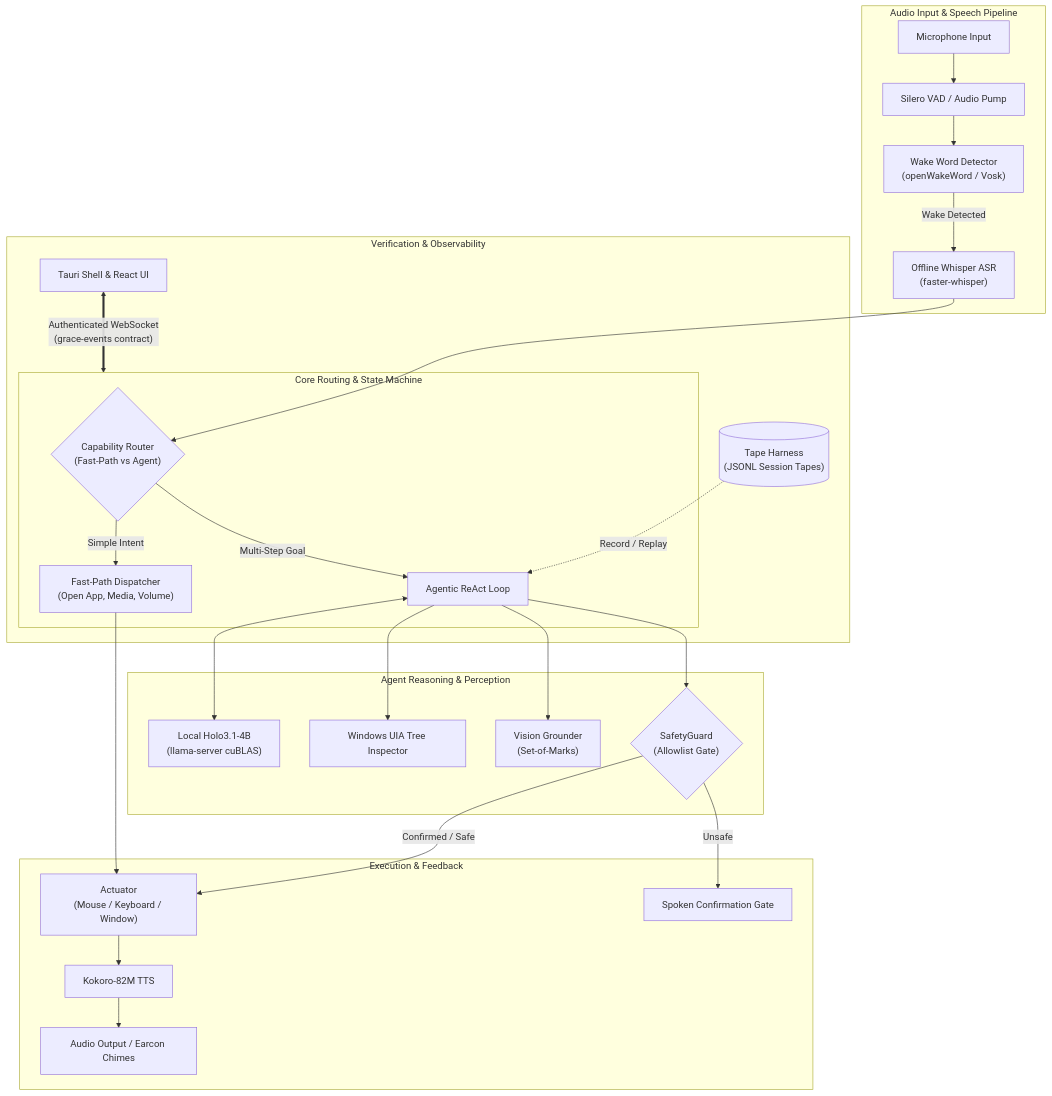
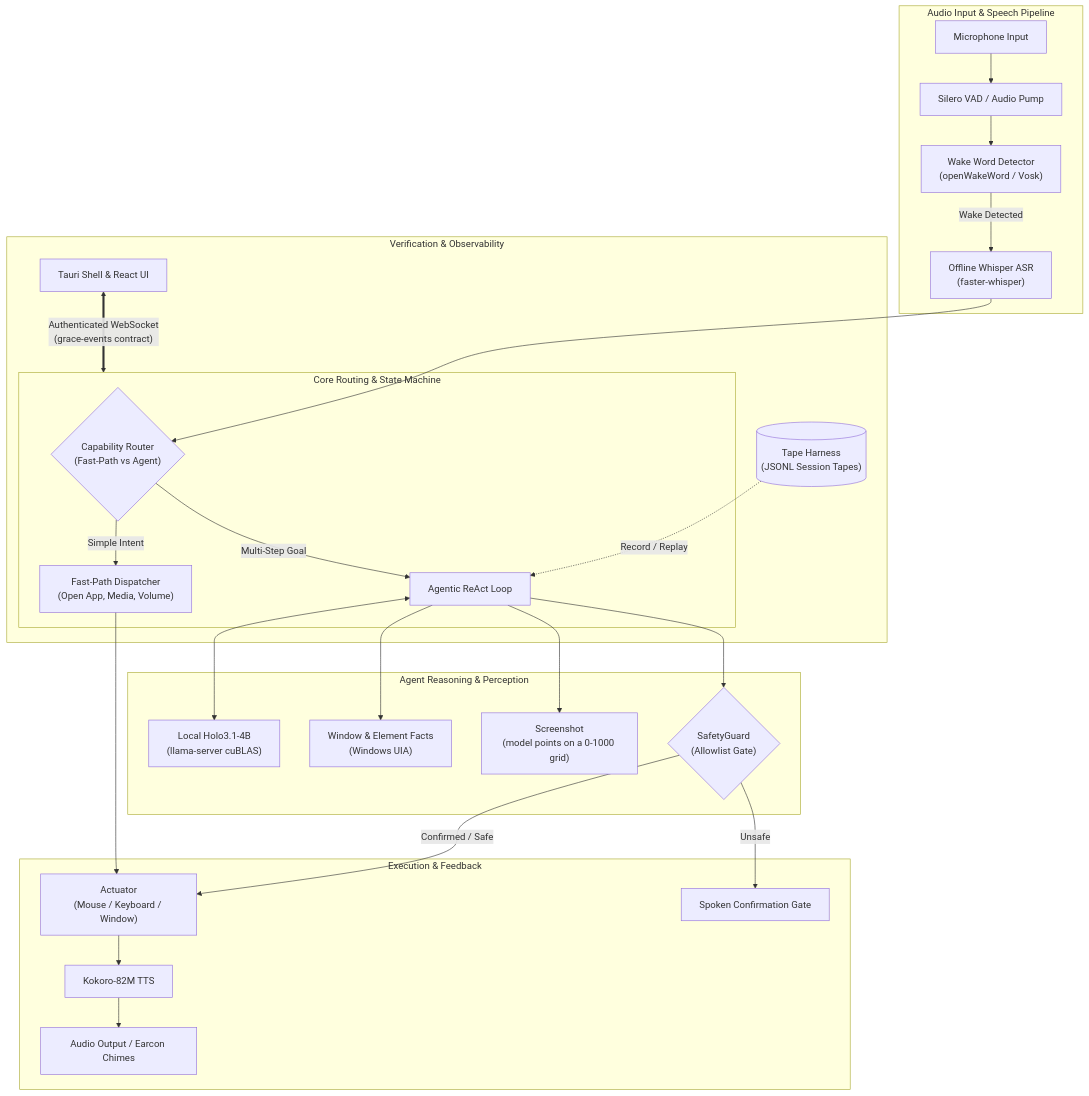
One commit to IronManRox228228/Grace changed the diagram in README.md. Above: the diagram before and after it, drawn with Mermaid. The commit also changed other lines of this file, not shown here.

````diff
--- a/README.md
+++ b/README.md
@@ -137,34 +129,34 @@
 ```mermaid
 flowchart TD
     subgraph Audio_Pipeline["Audio Input & Speech Pipeline"]
         Mic["Microphone Input"] --> VAD["Silero VAD / Audio Pump"]
         VAD --> WakeWord["Wake Word Detector\n(openWakeWord / Vosk)"]
         WakeWord -- "Wake Detected" --> Whisper["Offline Whisper ASR\n(faster-whisper)"]
     end
 
     subgraph Core_Routing["Core Routing & State Machine"]
         Whisper --> Router{"Capability Router\n(Fast-Path vs Agent)"}
         Router -- "Simple Intent" --> FastPath["Fast-Path Dispatcher\n(Open App, Media, Volume)"]
         Router -- "Multi-Step Goal" --> AgentLoop["Agentic ReAct Loop"]
     end
 
     subgraph Agent_Reasoning["Agent Reasoning & Perception"]
         AgentLoop <--> LLM["Local Holo3.1-4B\n(llama-server cuBLAS)"]
-        AgentLoop --> UIATree["Windows UIA Tree Inspector"]
-        AgentLoop --> VisionGround["Vision Grounder\n(Set-of-Marks)"]
+        AgentLoop --> UIATree["Window & Element Facts\n(Windows UIA)"]
+        AgentLoop --> VisionGround["Screenshot\n(model points on a 0-1000 grid)"]
         AgentLoop --> SafetyGate{"SafetyGuard\n(Allowlist Gate)"}
     end
 
     subgraph Desktop_Execution["Execution & Feedback"]
         SafetyGate -- "Confirmed / Safe" --> Actuator["Actuator\n(Mouse / Keyboard / Window)"]
         SafetyGate -- "Unsafe" --> AskUser["Spoken Confirmation Gate"]
         FastPath --> Actuator
         Actuator --> TTS["Kokoro-82M TTS"]
         TTS --> AudioOut["Audio Output / Earcon Chimes"]
     end
 
     subgraph Verification_Harness["Verification & Observability"]
         TapeHarness[("Tape Harness\n(JSONL Session Tapes)")] -. "Record / Replay" .-> AgentLoop
         TauriUI["Tauri Shell & React UI"] <== "Authenticated WebSocket\n(grace-events contract)" ==> Core_Routing
     end
 ```
````
